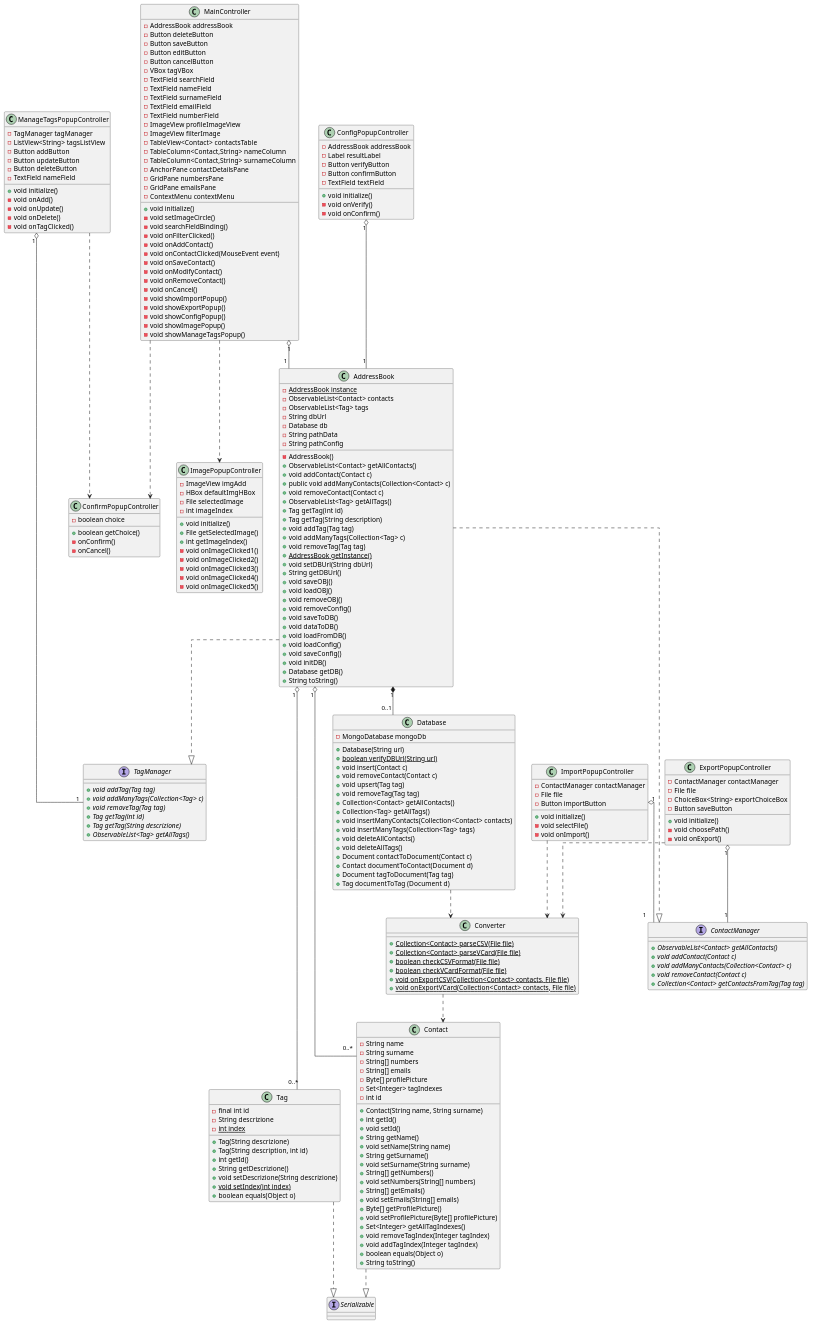
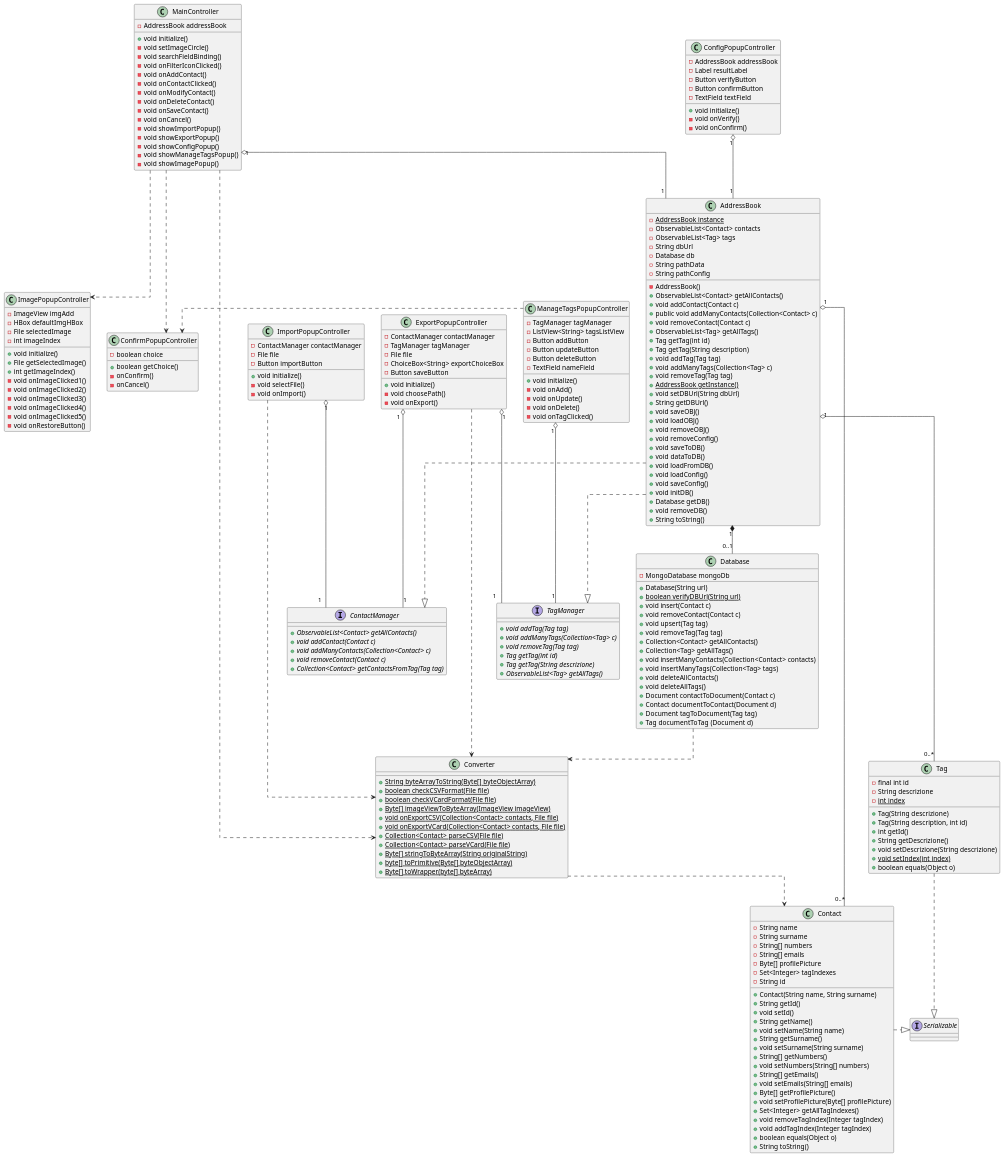
Before and after one commit to savaava/ProgettoRubrica: the diagram in documenti/diagrammi di classe/puml/diagrammaClassi.puml, drawn with PlantUML. The commit also changed 6 other files, not shown here.

Commit message:
aggiunta diagrammi di package + completamento documento progetto pdf con fase di implementazione e testing + modifiche ai diagrammi di classe

```diff
--- a/documenti/diagrammi di classe/puml/diagrammaClassi.puml
+++ b/documenti/diagrammi di classe/puml/diagrammaClassi.puml
@@ -25,10 +25,10 @@
     - String[] emails
     - Byte[] profilePicture
     - Set<Integer> tagIndexes
-    - int id
+    - String id
 
     + Contact(String name, String surname)
-    + int getId()
+    + String getId()
     + void setId()
     + String getName()
     + void setName(String name)
@@ -81,55 +81,42 @@
     + void saveConfig()
     + void initDB()
     + Database getDB()
+    + void removeDB()
     + String toString()
 }
 
 class MainController {
     - AddressBook addressBook
-    - Button deleteButton
-    - Button saveButton
-    - Button editButton
-    - Button cancelButton
-    - VBox tagVBox
-    - TextField searchField
-    - TextField nameField
-    - TextField surnameField
-    - TextField emailField
-    - TextField numberField
-    - ImageView profileImageView
-    - ImageView filterImage
-    - TableView<Contact> contactsTable
-    - TableColumn<Contact,String> nameColumn
-    - TableColumn<Contact,String> surnameColumn
-    - AnchorPane contactDetailsPane
-    - GridPane numbersPane
-    - GridPane emailsPane
-    - ContextMenu contextMenu
 
     + void initialize()
     - void setImageCircle()
     - void searchFieldBinding()    
-    - void onFilterClicked()
+    - void onFilterIconClicked()
     - void onAddContact()
-    - void onContactClicked(MouseEvent event)
+    - void onContactClicked()
+    - void onModifyContact()
+    - void onDeleteContact()
     - void onSaveContact()
-    - void onModifyContact()
-    - void onRemoveContact()
     - void onCancel()
     - void showImportPopup()
     - void showExportPopup()
     - void showConfigPopup()
+    - void showManageTagsPopup()
     - void showImagePopup()
-    - void showManageTagsPopup()
 }
 
 class Converter {
+    + {static} String byteArrayToString(Byte[] byteObjectArray)
+    + {static} boolean checkCSVFormat(File file)
+    + {static} boolean checkVCardFormat(File file)
+    + {static} Byte[] imageViewToByteArray(ImageView imageView)
+    + {static} void onExportCSV(Collection<Contact> contacts, File file)
+    + {static} void onExportVCard(Collection<Contact> contacts, File file)
     + {static} Collection<Contact> parseCSV(File file)
     + {static} Collection<Contact> parseVCard(File file)
-    + {static} boolean checkCSVFormat(File file)
-    + {static} boolean checkVCardFormat(File file)
-    + {static} void onExportCSV(Collection<Contact> contacts, File file)
-    + {static} void onExportVCard(Collection<Contact> contacts, File file)
+    + {static} Byte[] stringToByteArray(String originalString)
+    + {static} byte[] toPrimitive(Byte[] byteObjectArray)
+    + {static} Byte[] toWrapper(byte[] byteArray)
 }
 
 class ImportPopupController {
@@ -144,6 +131,7 @@
 
 class ExportPopupController {
     - ContactManager contactManager
+    - TagManager tagManager
     - File file
     - ChoiceBox<String> exportChoiceBox
     - Button saveButton
@@ -182,6 +170,7 @@
     - void onImageClicked3()
     - void onImageClicked4()
     - void onImageClicked5()
+    - void onRestoreButton()
 }
 
 class ConfirmPopupController {
@@ -247,9 +236,9 @@
 
 
 '****************** RELAZIONI ******************
-Contact ..|> Serializable
+Contact .|> Serializable
 
-Tag ..|> Serializable
+Tag .|> Serializable
 
 AddressBook "1" o-- "0..*" Contact
 AddressBook "1" *-- "0..1" Database
@@ -260,6 +249,7 @@
 MainController "1" o-- "1" AddressBook
 MainController ..> ImagePopupController
 MainController ..> ConfirmPopupController
+MainController ..> Converter
 
 Converter ..> Contact
 
@@ -267,9 +257,10 @@
 ImportPopupController ..> Converter
 
 ExportPopupController "1" o-- "1" ContactManager
+ExportPopupController "1" o-- "1" TagManager
 ExportPopupController ..> Converter
 
-ManageTagsPopupController ..> ConfirmPopupController
+ManageTagsPopupController .> ConfirmPopupController
 ManageTagsPopupController "1" o-- "1" TagManager
 
 ConfigPopupController "1" o-- "1" AddressBook
```
